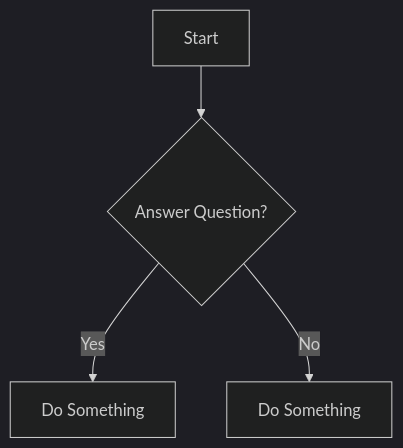
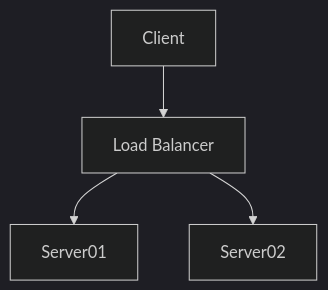
One commit to lcsrodriguez/articles changed the diagram in articles/ceph/article.md. Above: the diagram before and after it, drawn with Mermaid (dark theme).

Commit message:
Adding new mermaid

````diff
--- a/articles/ceph/article.md
+++ b/articles/ceph/article.md
@@ -21,6 +21,6 @@
 ```mermaid
-graph TD  
-A[Start] --> C{Answer Question?}  
-C -->|Yes| D[Do Something]  
-C -->|No| E[Do Something]  
+graph TD 
+A[Client] --> B[Load Balancer] 
+B --> C[Server01] 
+B --> D[Server02]
 ```
````
